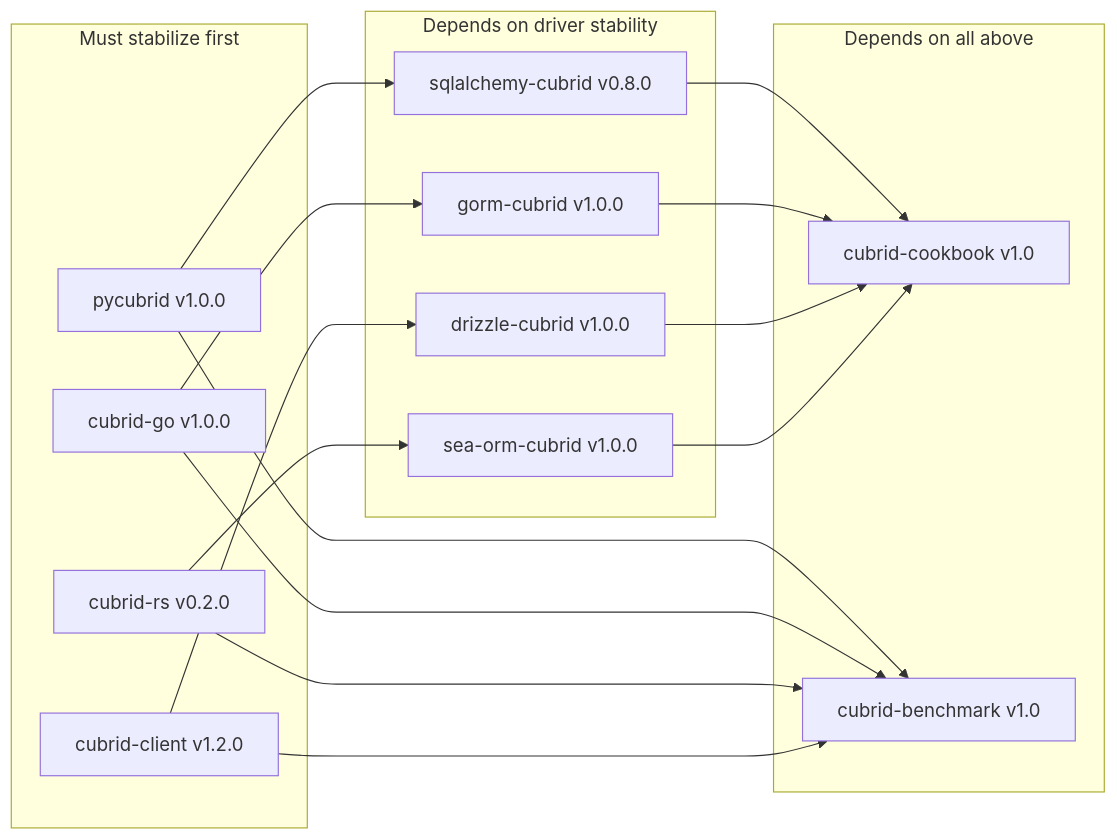
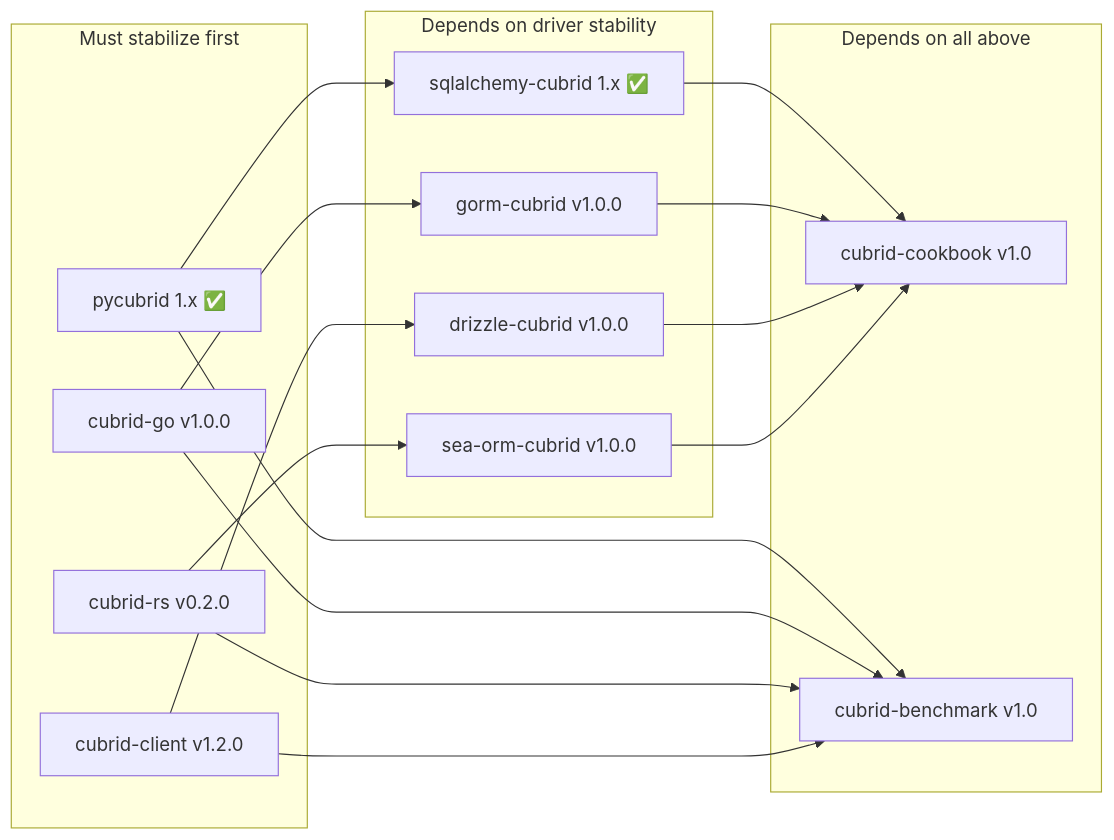
Before and after one commit to cubrid-lab/.github: the second of 2 diagrams in ROADMAP.md, drawn with Mermaid. The commit also changed other lines of this file and 5 other files, not shown here.

````diff
--- a/ROADMAP.md
+++ b/ROADMAP.md
@@ -94,34 +95,34 @@
 ```mermaid
 graph LR
     subgraph "Must stabilize first"
-        A[pycubrid v1.0.0]
+        A[pycubrid 1.x ✅]
         B[cubrid-go v1.0.0]
         C[cubrid-rs v0.2.0]
         D[cubrid-client v1.2.0]
     end
 
     subgraph "Depends on driver stability"
-        E[sqlalchemy-cubrid v0.8.0]
+        E[sqlalchemy-cubrid 1.x ✅]
         F[gorm-cubrid v1.0.0]
         G[drizzle-cubrid v1.0.0]
         H[sea-orm-cubrid v1.0.0]
     end
 
     subgraph "Depends on all above"
         I[cubrid-cookbook v1.0]
         J[cubrid-benchmark v1.0]
     end
 
     A --> E
     B --> F
     C --> H
     D --> G
     E --> I
     F --> I
     G --> I
     H --> I
     A --> J
     B --> J
     C --> J
     D --> J
 ```
````
